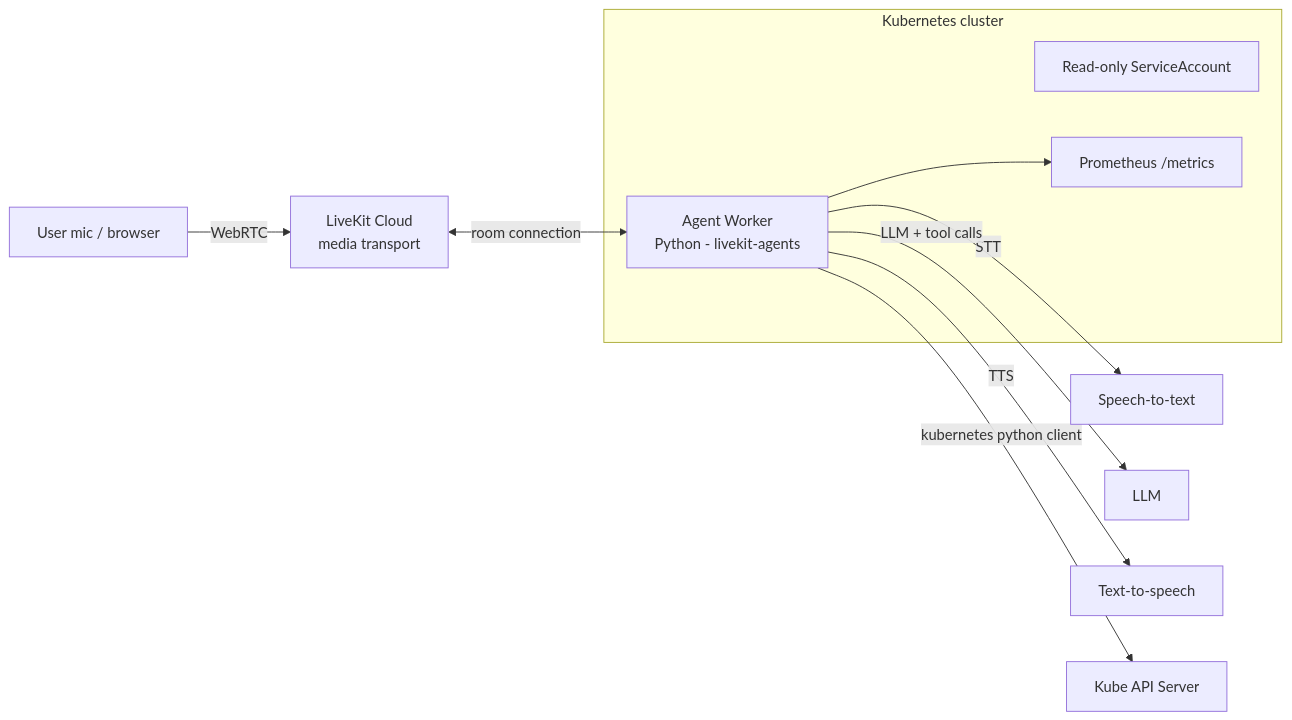
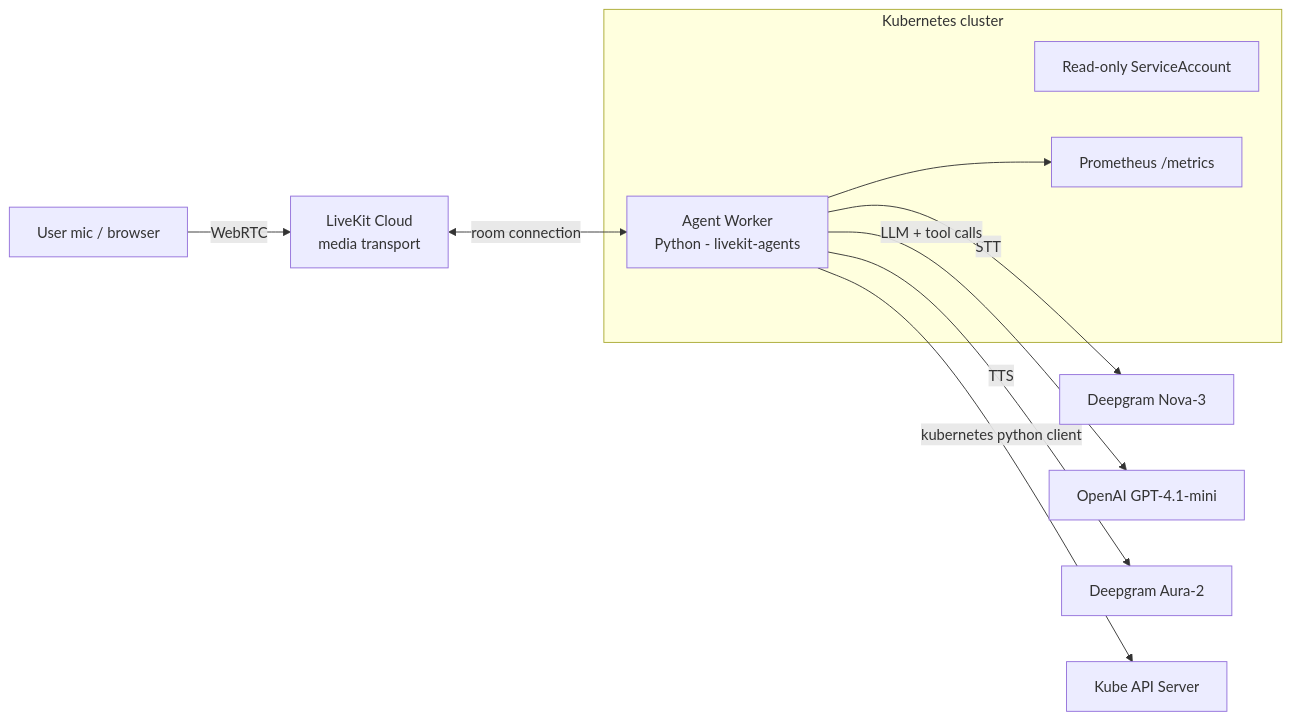
The diagram in README.md (shasdas/kubevoice), drawn with Mermaid before and after one commit. The commit also changed other lines of this file and 1 other file, not shown here.

````diff
--- a/README.md
+++ b/README.md
@@ -17,15 +17,15 @@
 ```mermaid
 flowchart LR
     U[User mic / browser] -->|WebRTC| LK[LiveKit Cloud\nmedia transport]
     LK <-->|room connection| W[Agent Worker\nPython - livekit-agents]
     subgraph K8s [Kubernetes cluster]
         W
         RBAC[Read-only ServiceAccount]
         M[Prometheus /metrics]
     end
-    W -->|STT| STT[Speech-to-text]
-    W -->|LLM + tool calls| LLM[LLM]
-    W -->|TTS| TTS[Text-to-speech]
+    W -->|STT| STT[Deepgram Nova-3]
+    W -->|LLM + tool calls| LLM[OpenAI GPT-4.1-mini]
+    W -->|TTS| TTS[Deepgram Aura-2]
     W -->|kubernetes python client| API[Kube API Server]
     W --> M
 ```
````
